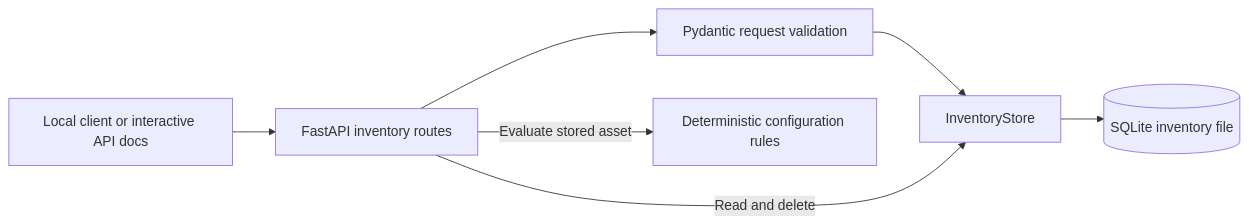
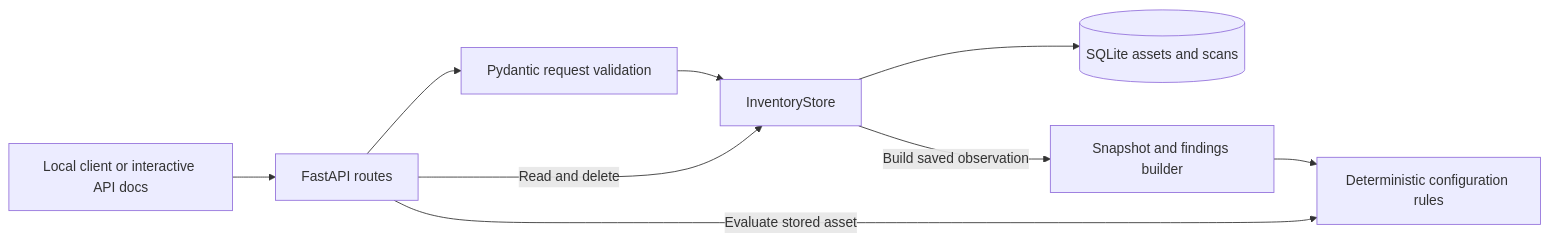
The diagram in README.md (varundevB/AI-SPM-Lab), drawn with Mermaid before and after one commit. The commit also changed other lines of this file and 6 other files, not shown here.

Commit message:
feat: persist scan snapshots and findings history

````diff
--- a/README.md
+++ b/README.md
@@ -184,9 +236,11 @@
 ```mermaid
 flowchart LR
-    Client["Local client or interactive API docs"] --> API["FastAPI inventory routes"]
+    Client["Local client or interactive API docs"] --> API["FastAPI routes"]
     API --> Validation["Pydantic request validation"]
     Validation --> Store["InventoryStore"]
     API -->|"Read and delete"| Store
-    Store --> DB[("SQLite inventory file")]
+    Store --> DB[("SQLite assets and scans")]
     API -->|"Evaluate stored asset"| Checks["Deterministic configuration rules"]
+    Store -->|"Build saved observation"| Scan["Snapshot and findings builder"]
+    Scan --> Checks
 ```
````
